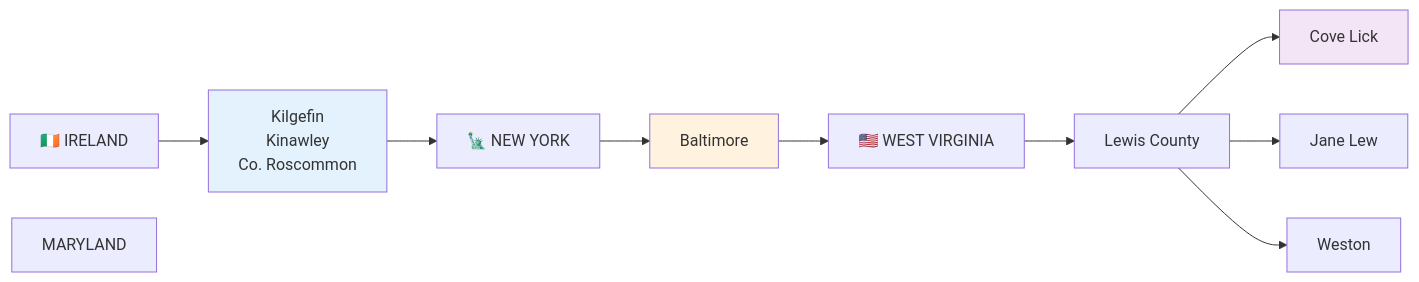
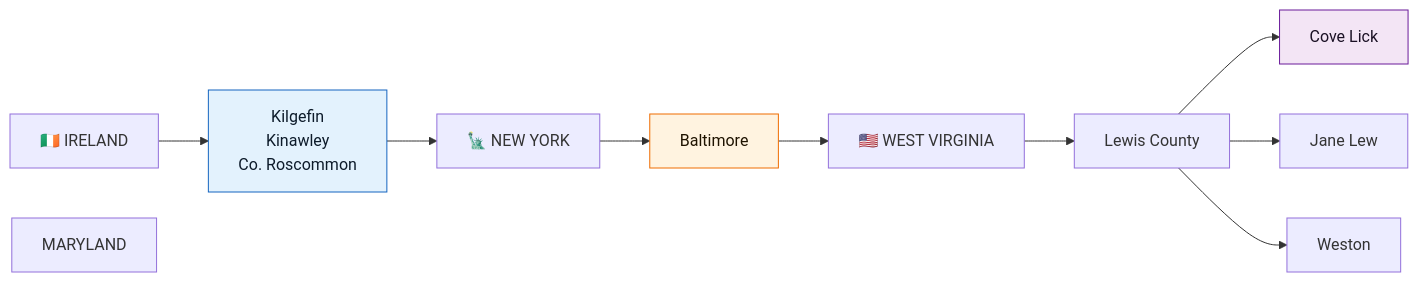
Before and after one commit to zcopley/copley-family-research: the diagram in Places/_Places Index.md, drawn with Mermaid. The commit also changed 14 other files, not shown here.

Commit message:
Enforce Mermaid diagram contrast

````diff
--- a/Places/_Places Index.md
+++ b/Places/_Places Index.md
@@ -16,29 +16,29 @@
 ```mermaid
 graph LR
     IR["🇮🇪 IRELAND"]
     ROSC["Kilgefin<br/>Kinawley<br/>Co. Roscommon"]
     
     NY["🗽 NEW YORK"]
     
     WV["🇺🇸 WEST VIRGINIA"]
     LC["Lewis County"]
     CL["Cove Lick"]
     JL["Jane Lew"]
     WES["Weston"]
     
     MD["MARYLAND"]
     BAL["Baltimore"]
     
     IR --> ROSC
     ROSC --> NY
     NY --> BAL
     BAL --> WV
     WV --> LC
     LC --> CL
     LC --> JL
     LC --> WES
     
-    style ROSC fill:#e3f2fd
-    style BAL fill:#fff3e0
-    style CL fill:#f3e5f5
+    style ROSC fill:#e3f2fd,stroke:#1565c0,color:#0d1b2a
+    style BAL fill:#fff3e0,stroke:#ef6c00,color:#1f1300
+    style CL fill:#f3e5f5,stroke:#6a1b9a,color:#1a1024
 ```
````
